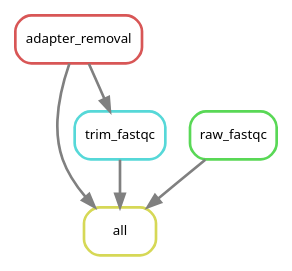
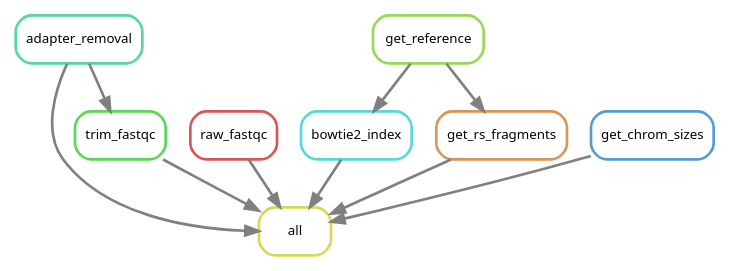
Before and after one commit to DRMCRL/ENCODE_T47D_HiC_ENCSR549MGQ: the diagram in output/rulegraph.dot, drawn with Graphviz. The commit also changed 6 other files, not shown here.

```diff
--- a/output/rulegraph.dot
+++ b/output/rulegraph.dot
@@ -1,13 +1,22 @@
 digraph snakemake_dag {
     graph[bgcolor=white, margin=0];
     node[shape=box, style=rounded, fontname=sans,                 fontsize=10, penwidth=2];
     edge[penwidth=2, color=grey];
 	0[label = "all", color = "0.17 0.6 0.85", style="rounded"];
-	1[label = "adapter_removal", color = "0.00 0.6 0.85", style="rounded"];
-	2[label = "trim_fastqc", color = "0.50 0.6 0.85", style="rounded"];
-	3[label = "raw_fastqc", color = "0.33 0.6 0.85", style="rounded"];
+	1[label = "trim_fastqc", color = "0.33 0.6 0.85", style="rounded"];
+	2[label = "raw_fastqc", color = "0.00 0.6 0.85", style="rounded"];
+	3[label = "bowtie2_index", color = "0.50 0.6 0.85", style="rounded"];
+	4[label = "get_rs_fragments", color = "0.08 0.6 0.85", style="rounded"];
+	5[label = "adapter_removal", color = "0.42 0.6 0.85", style="rounded"];
+	6[label = "get_chrom_sizes", color = "0.58 0.6 0.85", style="rounded"];
+	7[label = "get_reference", color = "0.25 0.6 0.85", style="rounded"];
+	2 -> 0
+	4 -> 0
 	1 -> 0
+	5 -> 0
 	3 -> 0
-	2 -> 0
-	1 -> 2
+	6 -> 0
+	5 -> 1
+	7 -> 3
+	7 -> 4
 }            
```
